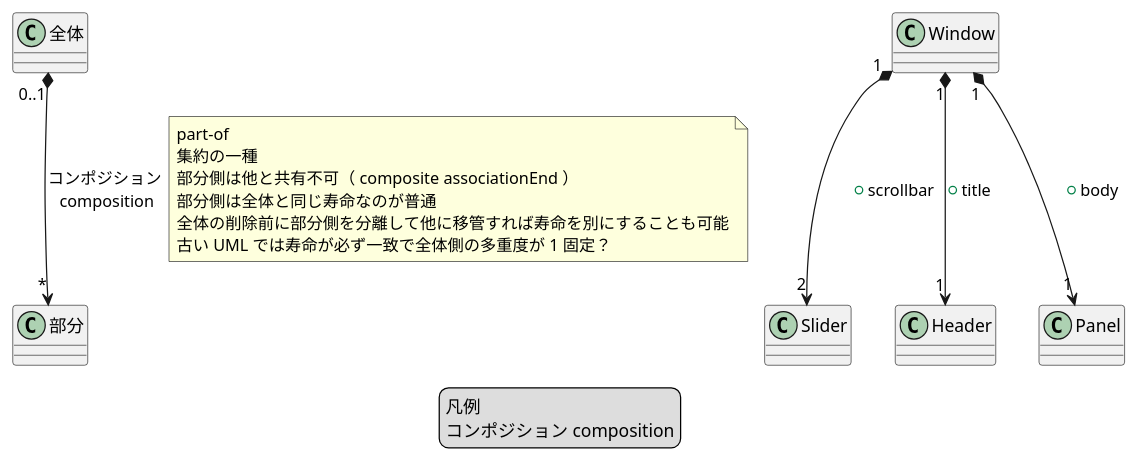
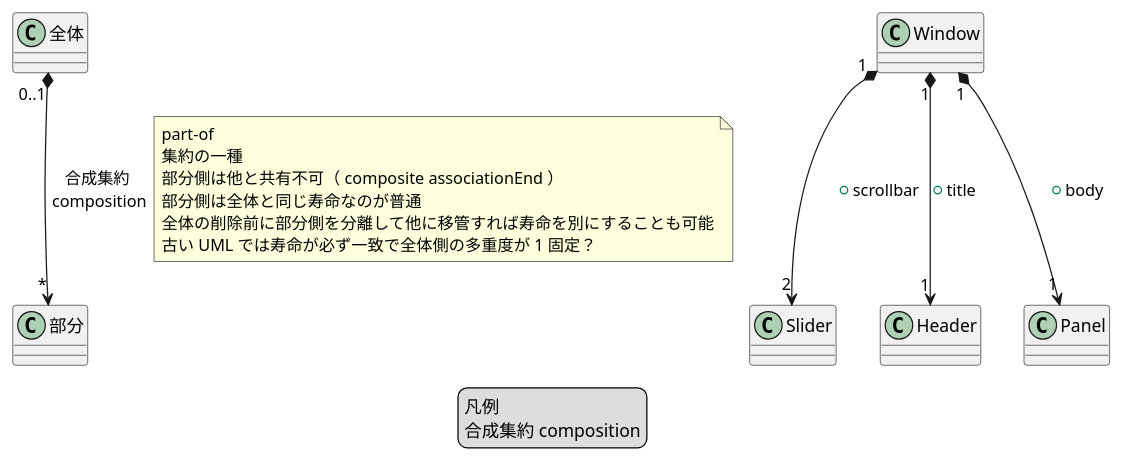
One commit to peregrin8alde/learn-ossdb-gold changed the diagram in site/content/ja/docs/Appendix/uml/class/puml/legend/classe-legend-composition.puml. Above: the diagram before and after it, drawn with PlantUML. The commit also changed 5 other files, not shown here.

```diff
--- a/site/content/ja/docs/Appendix/uml/class/puml/legend/classe-legend-composition.puml
+++ b/site/content/ja/docs/Appendix/uml/class/puml/legend/classe-legend-composition.puml
@@ -1,25 +1,33 @@
 @startuml
 /'
-"全体" "0..1" *--> "*" "部分" : "コンポジション\n composition"
+"全体" "0..1" *--> "*" "部分" : "合成集約\n composition"
 '/
 legend
 凡例
-コンポジション composition
+合成集約 composition
 endlegend
 
-"全体" "0..1" *--> "*" "部分" : "コンポジション\n composition"
+/'
+Composite aggregation is a strong form of aggregation that requires a part object be included in at most one composite 
+object at a time. If a composite object is deleted, all of its part instances that are objects are deleted with it.
+
+A part object may (where otherwise allowed) be removed from a composite object 
+before the composite object is deleted, and thus not be deleted as part of the composite object.
+'/
+
+"全体" "0..1" *--> "*" "部分" : "合成集約\n composition"
 note right on link
 part-of
 集約の一種
 部分側は他と共有不可（ composite associationEnd ）
 部分側は全体と同じ寿命なのが普通
 全体の削除前に部分側を分離して他に移管すれば寿命を別にすることも可能
 古い UML では寿命が必ず一致で全体側の多重度が 1 固定？
 end note
 
 "Window" "1" *--> "2" "Slider" : "+scrollbar"
 "Window" "1" *--> "1" "Header" : "+title"
 "Window" "1" *--> "1" "Panel" : "+body"
 
 
 @enduml
```
